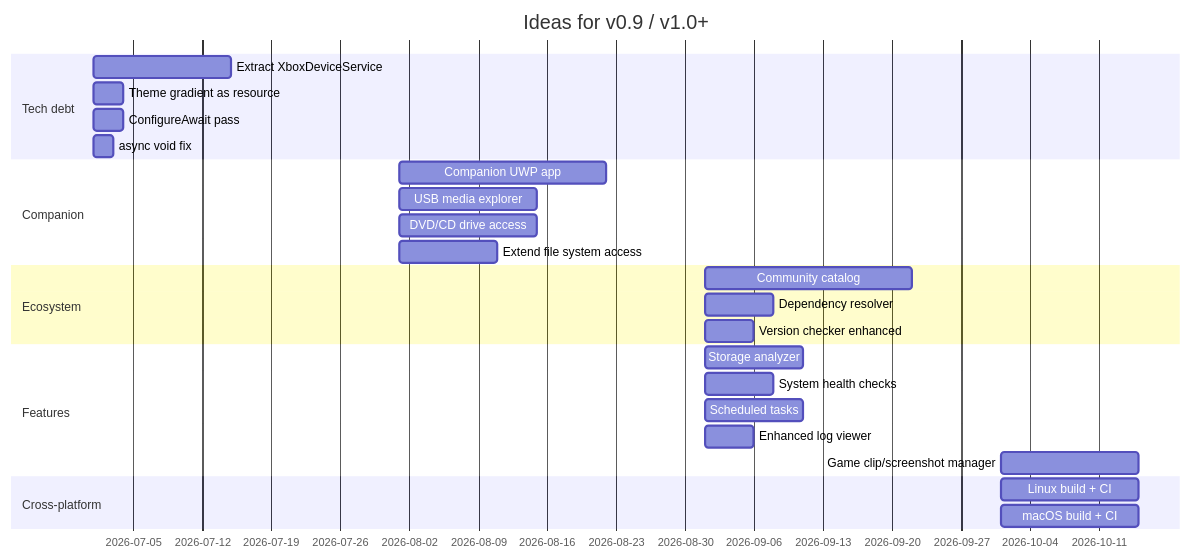
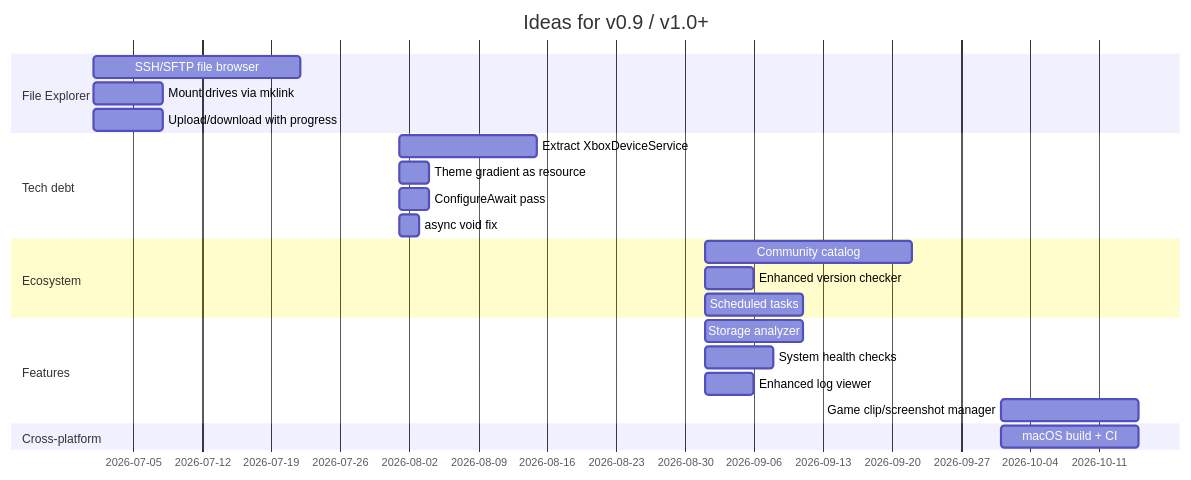
The third of 3 diagrams in docs/roadmap.md (marcelofrau/xb-homebrew-vault), drawn with Mermaid before and after one commit. The commit also changed other lines of this file and 15 other files, not shown here.

````diff
--- a/docs/roadmap.md
+++ b/docs/roadmap.md
@@ -58,28 +119,25 @@
 ```mermaid
 gantt
     title Ideas for v0.9 / v1.0+
     dateFormat  YYYY-MM-DD
+    section File Explorer
+    SSH/SFTP file browser        : 2026-07, 21d
+    Mount drives via mklink      : 2026-07, 7d
+    Upload/download with progress: 2026-07, 7d
     section Tech debt
-    Extract XboxDeviceService    : 2026-07, 14d
-    Theme gradient as resource   : 2026-07, 3d
-    ConfigureAwait pass          : 2026-07, 3d
-    async void fix               : 2026-07, 2d
-    section Companion
-    Companion UWP app            : 2026-08, 21d
-    USB media explorer           : 2026-08, 14d
-    DVD/CD drive access          : 2026-08, 14d
-    Extend file system access    : 2026-08, 10d
+    Extract XboxDeviceService    : 2026-08, 14d
+    Theme gradient as resource   : 2026-08, 3d
+    ConfigureAwait pass          : 2026-08, 3d
+    async void fix               : 2026-08, 2d
     section Ecosystem
     Community catalog            : 2026-09, 21d
-    Dependency resolver          : 2026-09, 7d
-    Version checker enhanced     : 2026-09, 5d
+    Enhanced version checker     : 2026-09, 5d
+    Scheduled tasks              : 2026-09, 10d
     section Features
     Storage analyzer             : 2026-09, 10d
     System health checks         : 2026-09, 7d
-    Scheduled tasks              : 2026-09, 10d
     Enhanced log viewer          : 2026-09, 5d
     Game clip/screenshot manager : 2026-10, 14d
     section Cross-platform
-    Linux build + CI             : 2026-10, 14d
     macOS build + CI             : 2026-10, 14d
 ```
````
